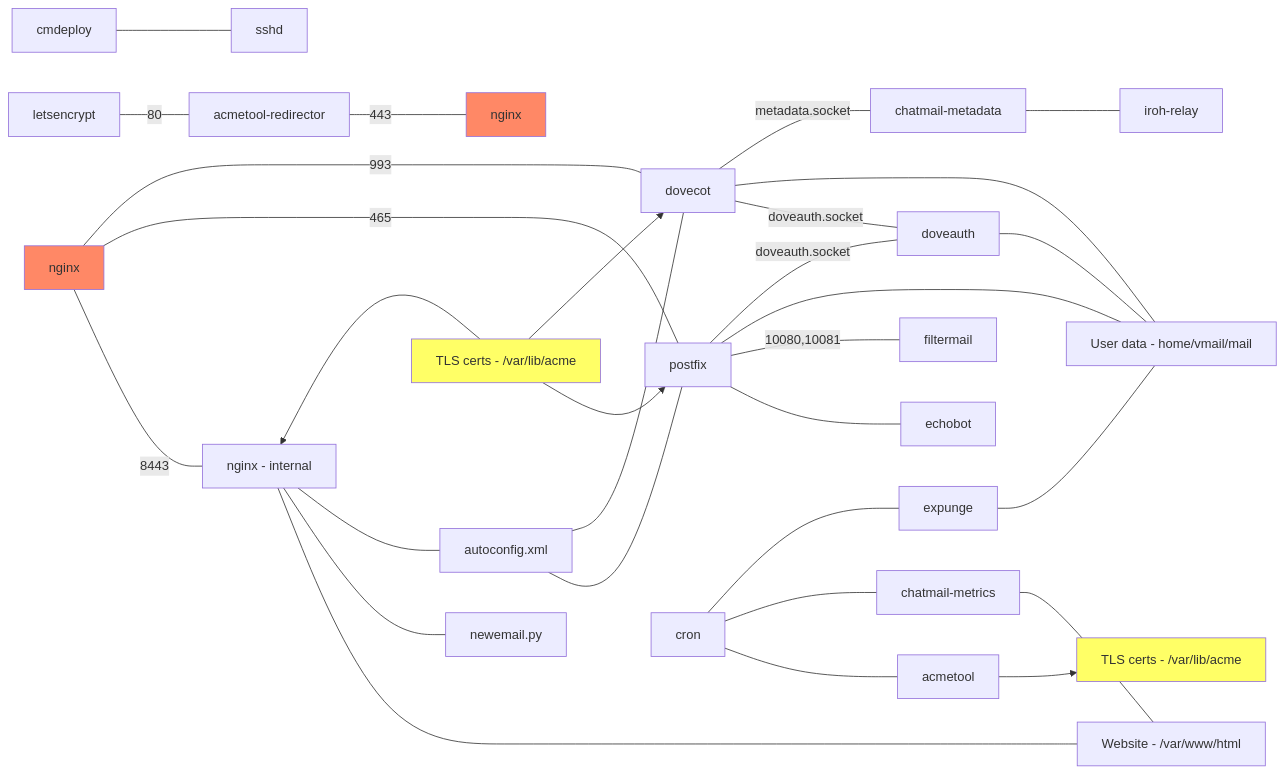
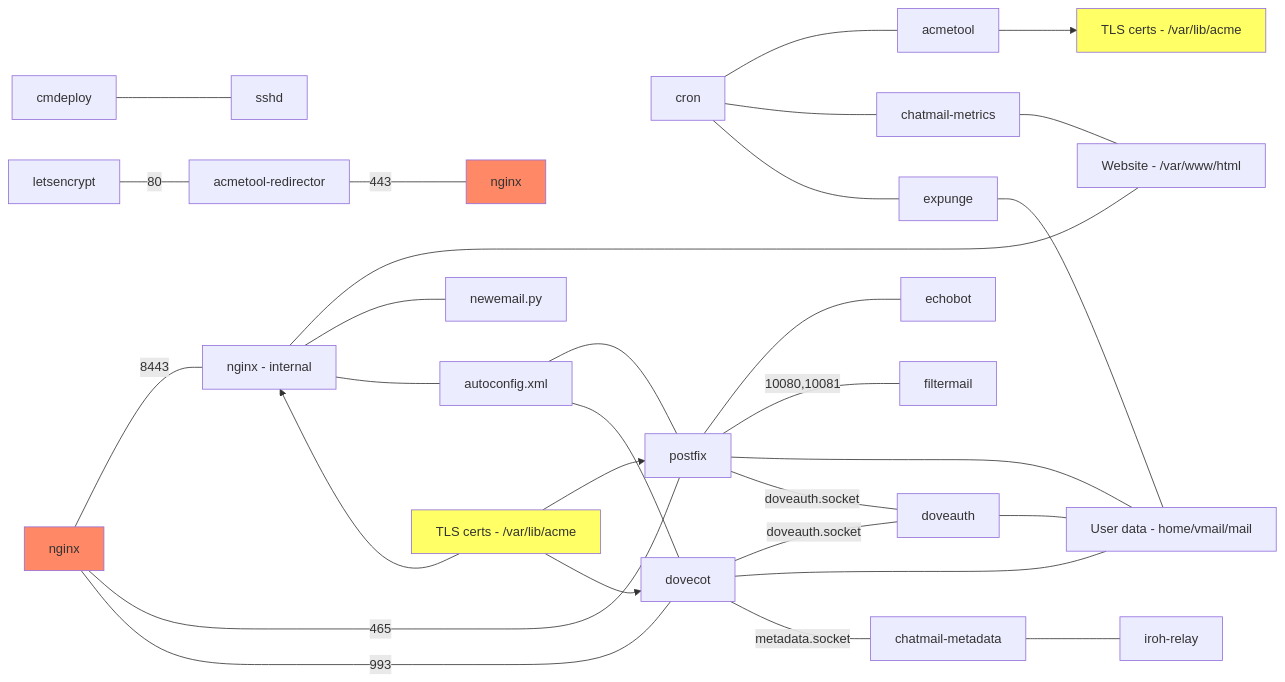
The diagram in ARCHITECTURE.md (cliffmccarthy/chatmail-relay), drawn with Mermaid before and after one commit. The commit also changed other lines of this file, not shown here.

````diff
--- a/ARCHITECTURE.md
+++ b/ARCHITECTURE.md
@@ -4,36 +4,36 @@
 ```mermaid
 graph LR;
     cmdeploy --- sshd;
     letsencrypt --- |80|acmetool-redirector;
     acmetool-redirector --- |443|nginx-right[nginx];
     nginx --- |8443|nginx-internal[nginx - internal];
     nginx-internal --- website[Website - /var/www/html];
     nginx-internal --- newemail.py;
     nginx-internal --- autoconfig.xml;
     nginx-internal ~~~ certs-nginx[TLS certs - /var/lib/acme] --> nginx-internal;
-    certs-nginx --> postfix;
-    certs-nginx --> dovecot;
     cron --- acmetool;
     cron --- chatmail-metrics;
     cron --- expunge;
     chatmail-metrics --- website;
     acmetool --> certs[TLS certs - /var/lib/acme];
     nginx --- |465|postfix;
     nginx --- |993|dovecot;
     autoconfig.xml --- postfix;
     autoconfig.xml --- dovecot;
     postfix --- echobot;
     postfix --- |10080,10081|filtermail;
     postfix --- users[User data - home/vmail/mail];
     postfix --- |doveauth.socket|doveauth;
     dovecot --- |doveauth.socket|doveauth;
     dovecot --- users;
     dovecot --- |metadata.socket|chatmail-metadata;
     doveauth --- users;
     expunge --- users;
     chatmail-metadata --- iroh-relay;
+    certs-nginx --> postfix;
+    certs-nginx --> dovecot;
     style certs fill:#ff6;
     style certs-nginx fill:#ff6;
     style nginx fill:#f86;
     style nginx-right fill:#f86;
 ```
````
